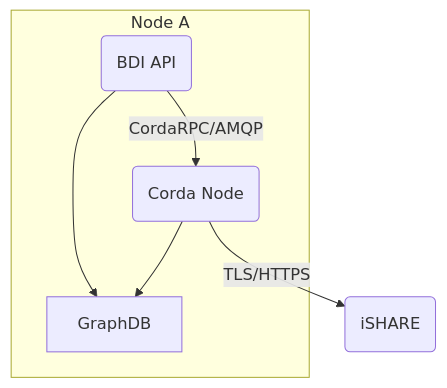
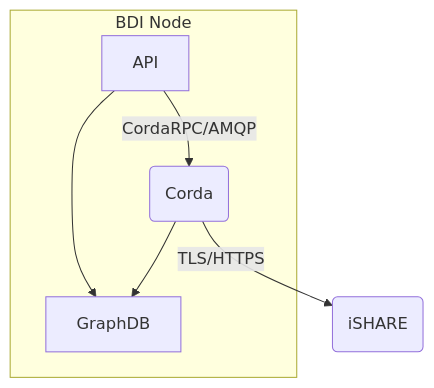
The diagram in README.md (federatedplatforms/Docker-BDI-Node), drawn with Mermaid before and after one commit. The commit also changed other lines of this file, not shown here.

Commit message:
Updated docker image versions and documentation

````diff
--- a/README.md
+++ b/README.md
@@ -13,9 +13,9 @@
 ```mermaid
 graph TD
-    subgraph Node A
-    API(BDI API) --> GraphDB
-    API(BDI API) -- CordaRPC/AMQP --> CORDA(Corda Node)
+    subgraph BDI Node
+    API --> GraphDB
+    API -- CordaRPC/AMQP --> CORDA(Corda)
     CORDA --> GraphDB
     end
     CORDA -- TLS/HTTPS --> ISHARE(iSHARE)
 ```
````
